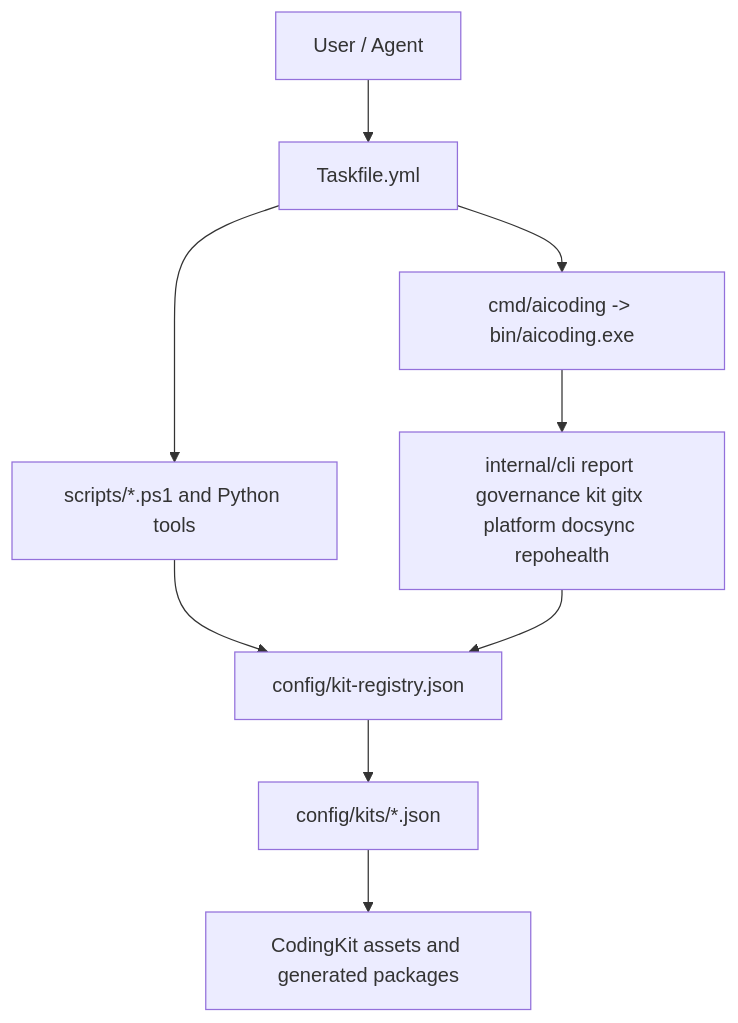
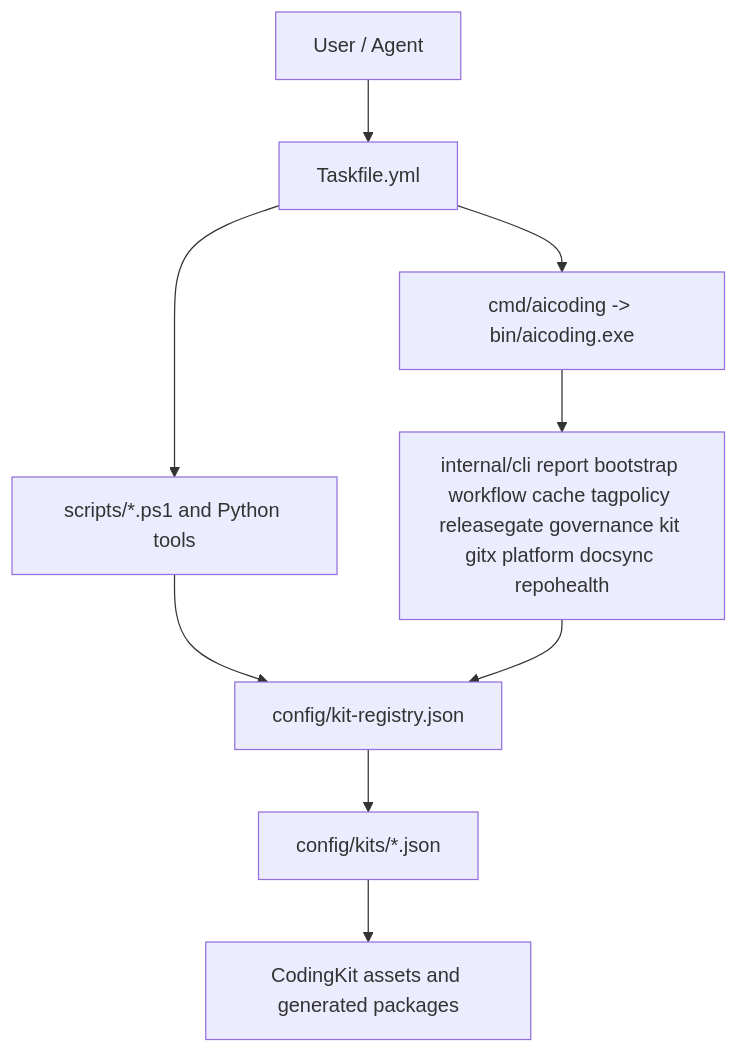
The diagram in docs/ARCHITECTURE_OVERVIEW.md (JiaxI2/AiCoding), drawn with Mermaid before and after one commit. The commit also changed other lines of this file and 24 other files, not shown here.

````diff
--- a/docs/ARCHITECTURE_OVERVIEW.md
+++ b/docs/ARCHITECTURE_OVERVIEW.md
@@ -21,11 +21,11 @@
 ```mermaid
 flowchart TD
   User["User / Agent"] --> Taskfile["Taskfile.yml"]
   Taskfile --> GoCLI["cmd/aicoding -> bin/aicoding.exe"]
   Taskfile --> Scripts["scripts/*.ps1 and Python tools"]
-  GoCLI --> Internal["internal/cli report governance kit gitx platform docsync repohealth"]
+  GoCLI --> Internal["internal/cli report bootstrap workflow cache tagpolicy releasegate governance kit gitx platform docsync repohealth"]
   Scripts --> Registry["config/kit-registry.json"]
   Internal --> Registry
   Registry --> Manifests["config/kits/*.json"]
   Manifests --> Assets["CodingKit assets and generated packages"]
 ```
````
